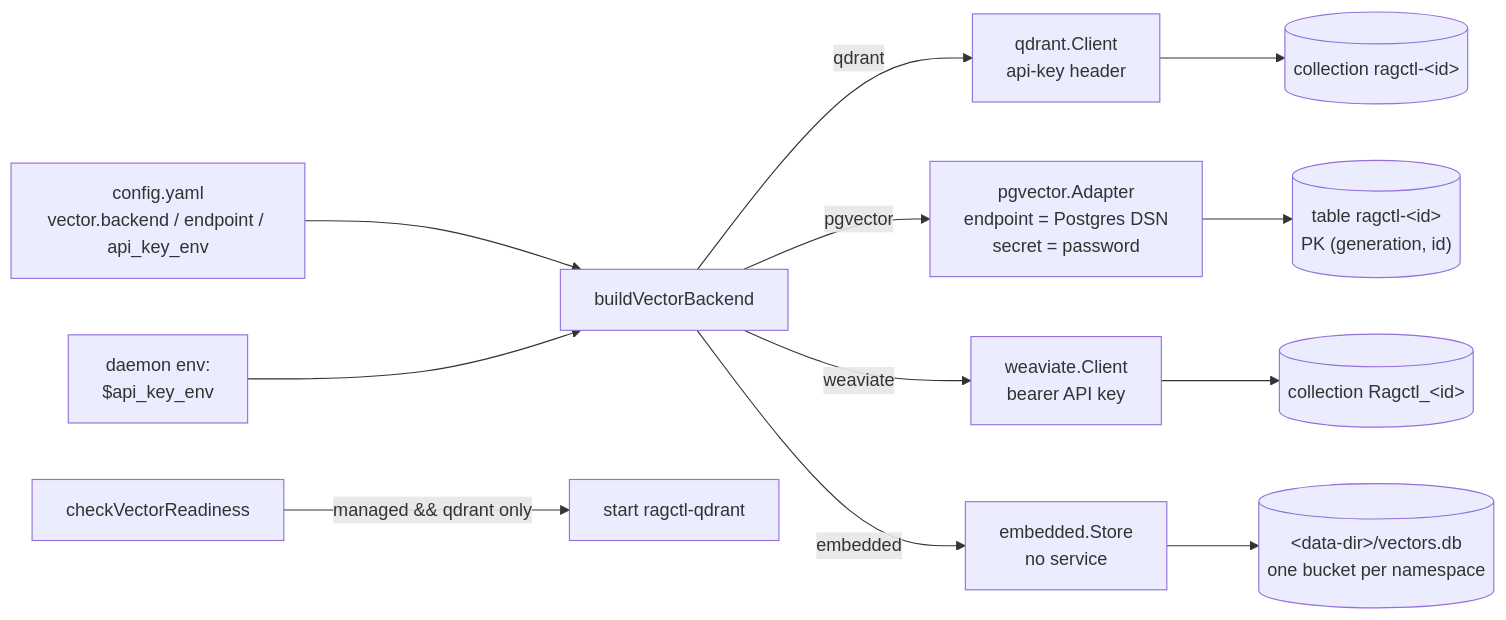
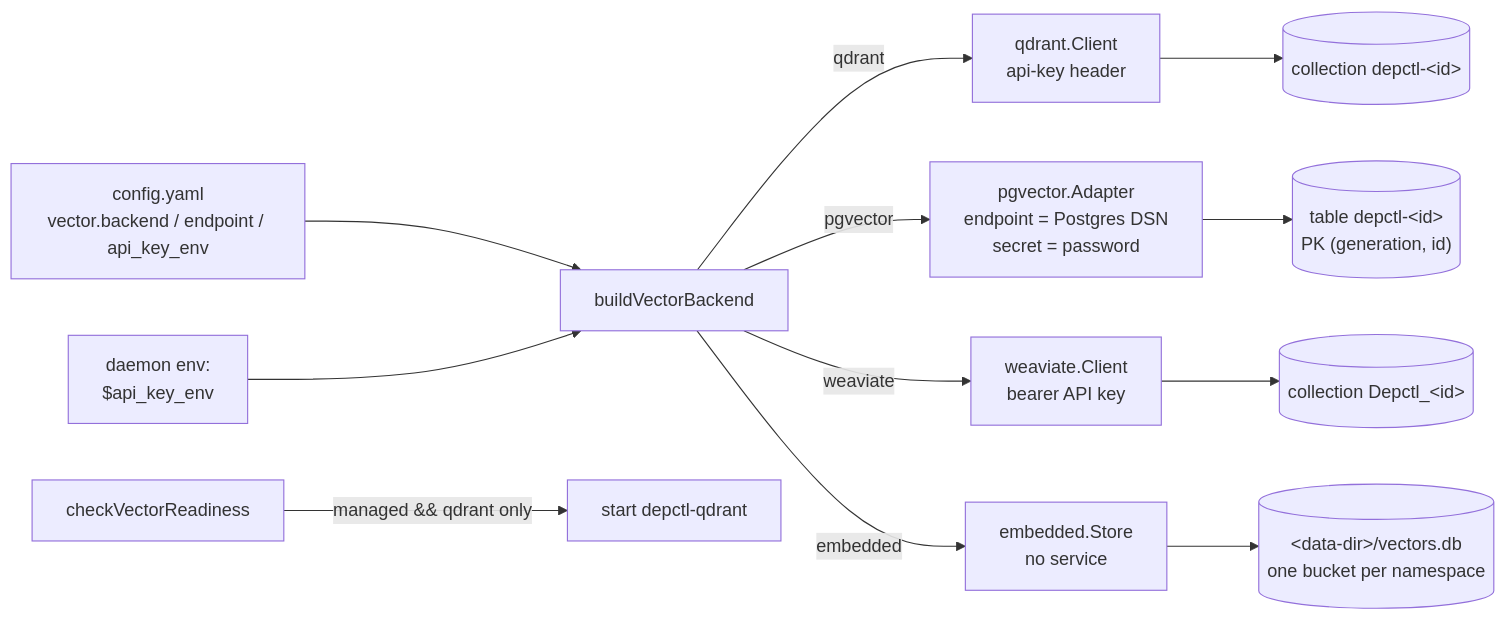
Before and after one commit to aleutian-ai/depctl: diagram 14 of 16 in docs/architecture.md, drawn with Mermaid. The commit also changed other lines of this file and 588 other files, not shown here.

Commit message:
Rename ragctl to depctl: binary, module github.com/aleutian-ai/depctl, paths, env vars, metrics, MCP name, docs

````diff
--- a/docs/architecture.md
+++ b/docs/architecture.md
@@ -753,14 +753,14 @@
 ```mermaid
 flowchart LR
   cfg["config.yaml<br/>vector.backend / endpoint / api_key_env"] --> build[buildVectorBackend]
   env["daemon env:<br/>$api_key_env"] --> build
   build -->|qdrant| q["qdrant.Client<br/>api-key header"]
   build -->|pgvector| pg["pgvector.Adapter<br/>endpoint = Postgres DSN<br/>secret = password"]
   build -->|weaviate| wv["weaviate.Client<br/>bearer API key"]
   build -->|embedded| em["embedded.Store<br/>no service"]
   em --> ef[("&lt;data-dir&gt;/vectors.db<br/>one bucket per namespace")]
-  wv --> wc[("collection Ragctl_&lt;id&gt;")]
-  q --> qc[("collection ragctl-&lt;id&gt;")]
-  pg --> pt[("table ragctl-&lt;id&gt;<br/>PK (generation, id)")]
-  ready[checkVectorReadiness] -->|"managed && qdrant only"| boot[start ragctl-qdrant]
+  wv --> wc[("collection Depctl_&lt;id&gt;")]
+  q --> qc[("collection depctl-&lt;id&gt;")]
+  pg --> pt[("table depctl-&lt;id&gt;<br/>PK (generation, id)")]
+  ready[checkVectorReadiness] -->|"managed && qdrant only"| boot[start depctl-qdrant]
 ```
````
